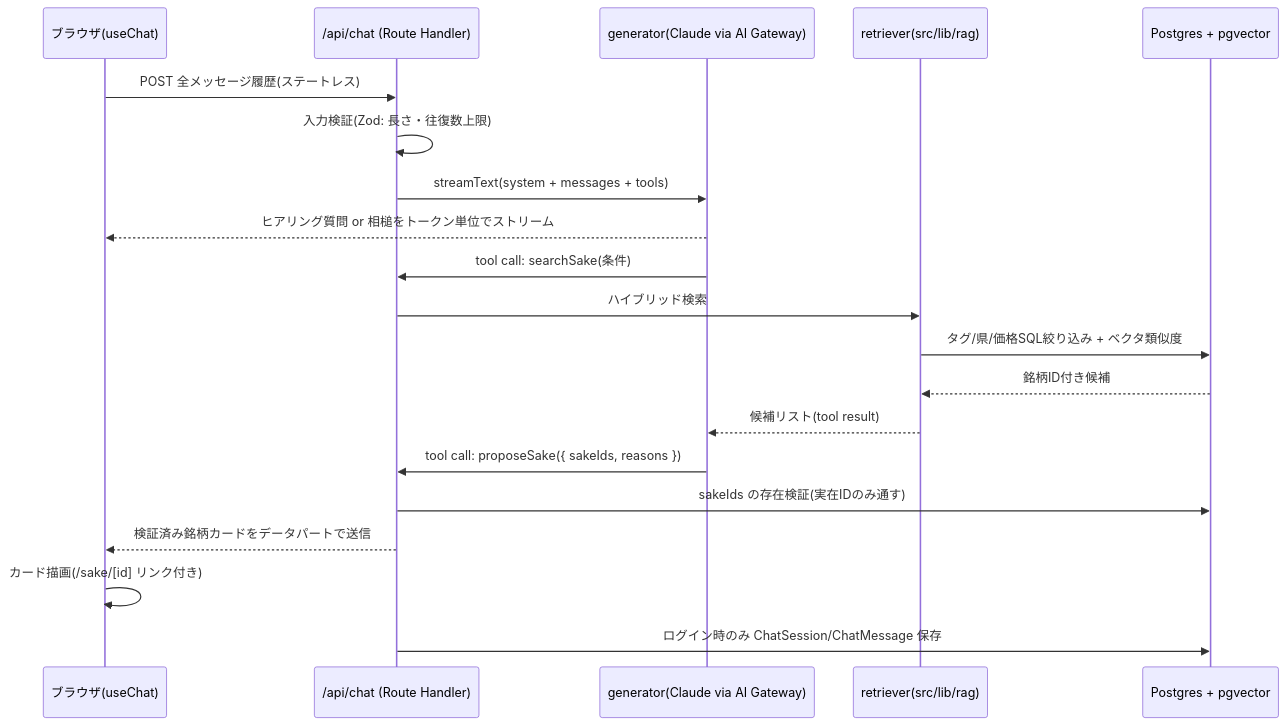
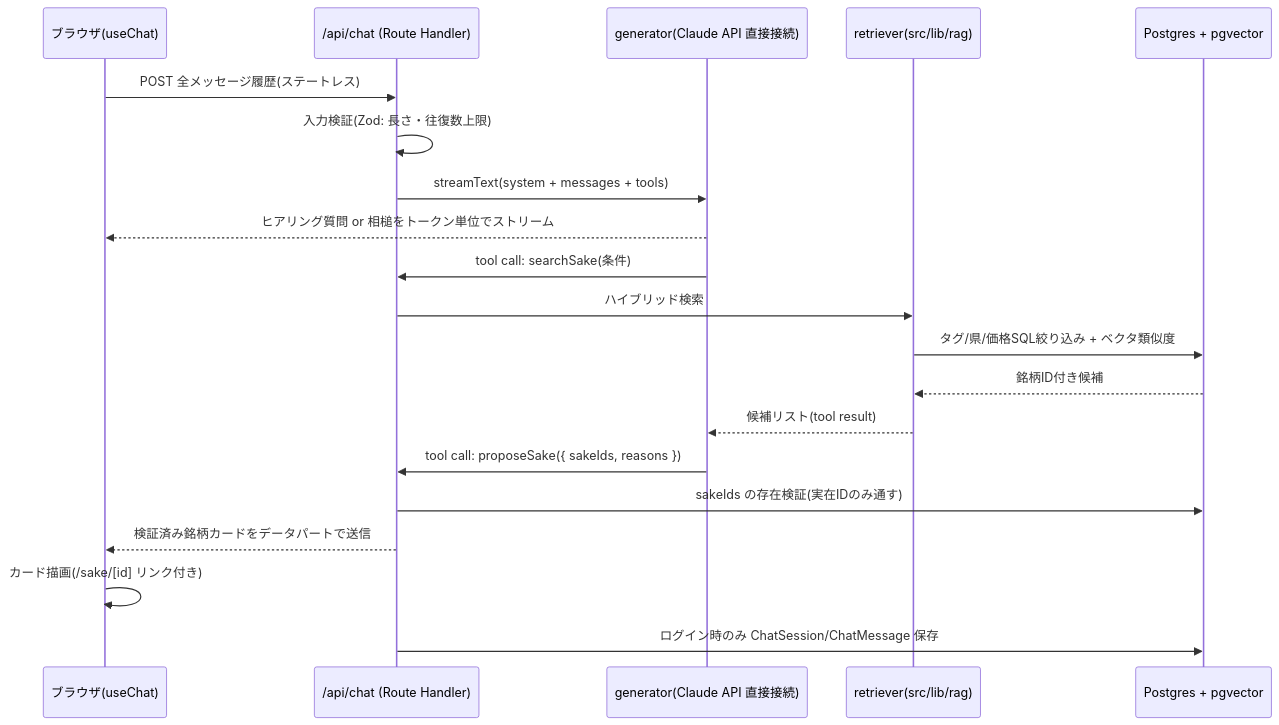
One commit to KuwadaKouhei/Jizake changed the fourth of 4 diagrams in docs/DESIGN.md. Above: the diagram before and after it, drawn with Mermaid. The commit also changed other lines of this file and 13 other files, not shown here.

First line of the commit message:
feat: チャット LLM を AI Gateway 経由から Claude API 直接接続へ変更

````diff
--- a/docs/DESIGN.md
+++ b/docs/DESIGN.md
@@ -332,23 +332,23 @@
 ```mermaid
 sequenceDiagram
     participant B as ブラウザ(useChat)
     participant RH as /api/chat (Route Handler)
-    participant G as generator(Claude via AI Gateway)
+    participant G as generator(Claude API 直接接続)
     participant R as retriever(src/lib/rag)
     participant DB as Postgres + pgvector
 
     B->>RH: POST 全メッセージ履歴(ステートレス)
     RH->>RH: 入力検証(Zod: 長さ・往復数上限)
     RH->>G: streamText(system + messages + tools)
     G-->>B: ヒアリング質問 or 相槌をトークン単位でストリーム
     G->>RH: tool call: searchSake(条件)
     RH->>R: ハイブリッド検索
     R->>DB: タグ/県/価格SQL絞り込み + ベクタ類似度
     DB-->>R: 銘柄ID付き候補
     R-->>G: 候補リスト(tool result)
     G->>RH: tool call: proposeSake({ sakeIds, reasons })
     RH->>DB: sakeIds の存在検証(実在IDのみ通す)
     RH-->>B: 検証済み銘柄カードをデータパートで送信
     B->>B: カード描画(/sake/[id] リンク付き)
     RH->>DB: ログイン時のみ ChatSession/ChatMessage 保存
 ```
````
